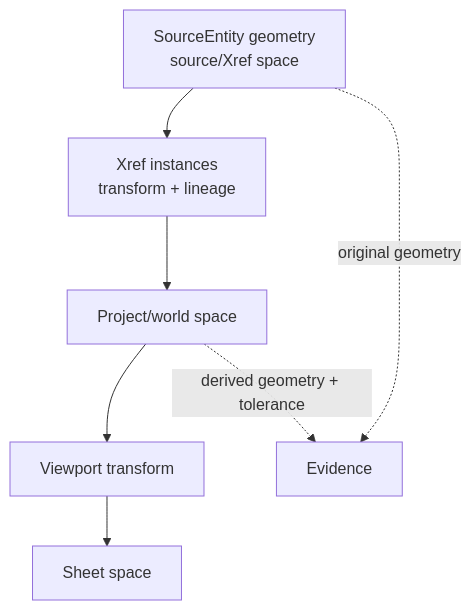
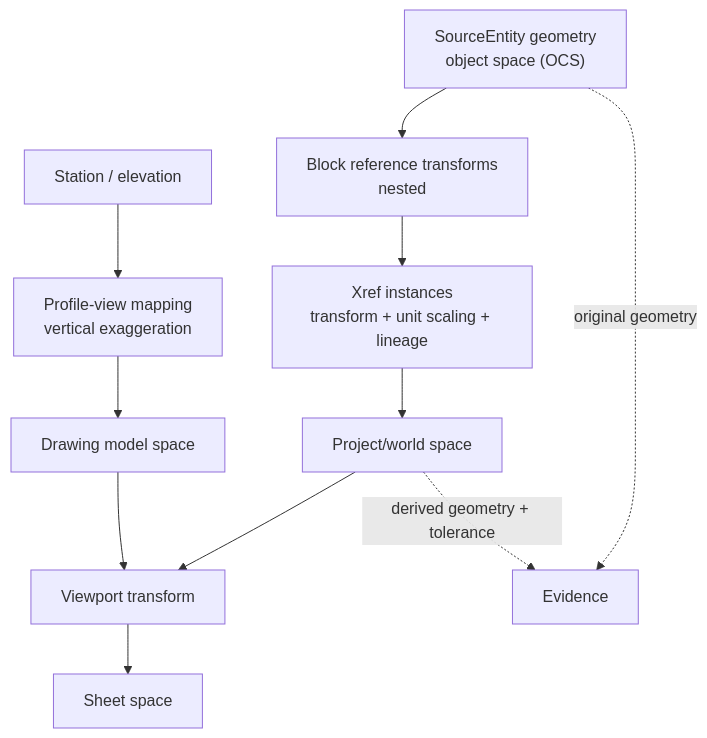
One commit to dkylewillis/core changed the diagram in docs/diagrams/xref-coordinates.md. Above: the diagram before and after it, drawn with Mermaid. The commit also changed other lines of this file and 4 other files, not shown here.

Commit message:
docs: update diagrams for the extended data model and review store

````diff
--- a/docs/diagrams/xref-coordinates.md
+++ b/docs/diagrams/xref-coordinates.md
@@ -3,7 +3,9 @@
 ```mermaid
 flowchart TD
-  O["SourceEntity geometry\nsource/Xref space"] --> X["Xref instances\ntransform + lineage"] --> W["Project/world space"]
+  O["SourceEntity geometry\nobject space (OCS)"] --> B["Block reference transforms\nnested"]
+  B --> X["Xref instances\ntransform + unit scaling + lineage"] --> W["Project/world space"]
   W --> V["Viewport transform"] --> S["Sheet space"]
+  PV["Station / elevation"] --> P["Profile-view mapping\nvertical exaggeration"] --> M["Drawing model space"] --> V
   O -. original geometry .-> E["Evidence"]
   W -. derived geometry + tolerance .-> E
 ```
````
